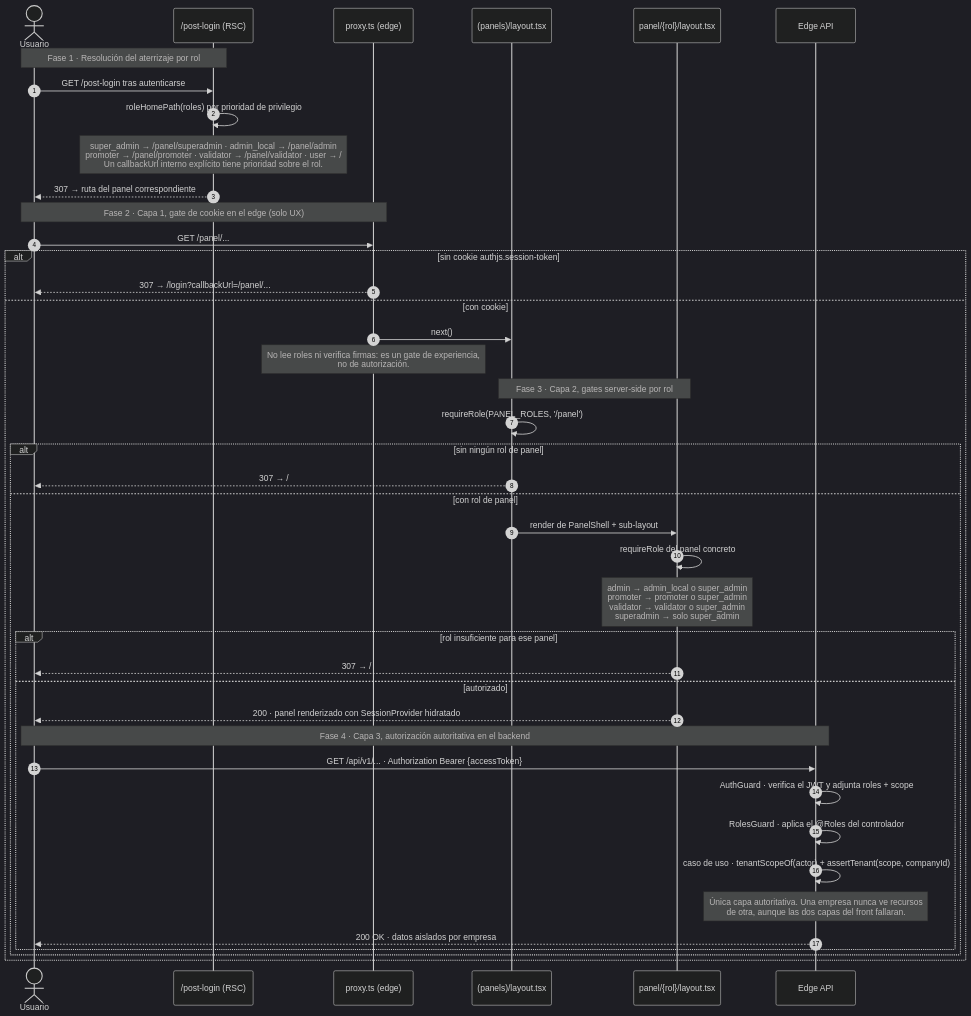
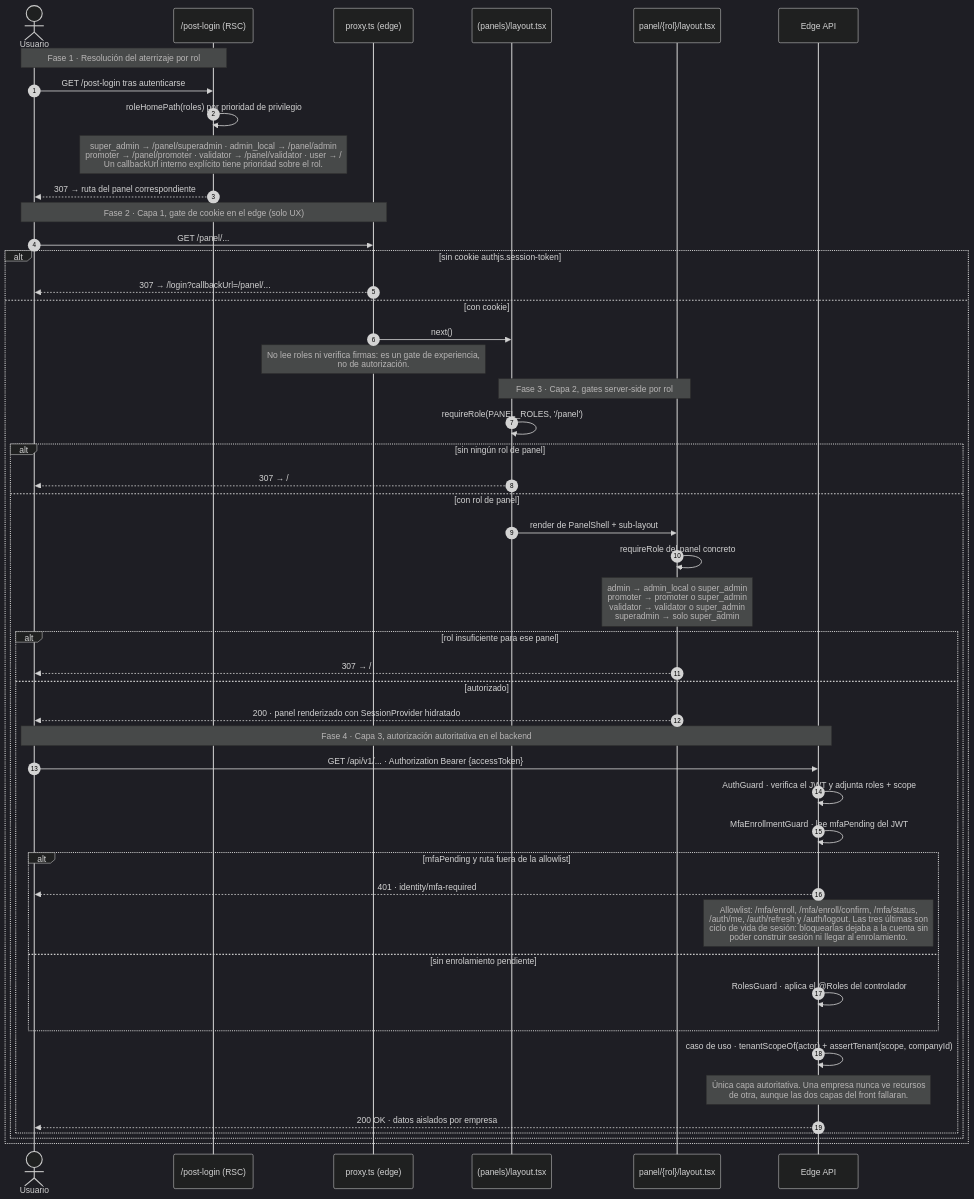
One commit to jwilsonar/urnight_mvp changed diagram 16 of 17 in docs/diagramas-secuencia/01-identidad-acceso.md. Above: the diagram before and after it, drawn with Mermaid (dark theme). The commit also changed other lines of this file and 1 other file, not shown here.

First line of the commit message:
docs: documentar el gate de MFA y el enrolamiento en los diagramas

````diff
--- a/docs/diagramas-secuencia/01-identidad-acceso.md
+++ b/docs/diagramas-secuencia/01-identidad-acceso.md
@@ -1013,48 +1014,54 @@
 ```mermaid
 sequenceDiagram
     autonumber
     actor U as Usuario
     participant PL as /post-login (RSC)
     participant PX as proxy.ts (edge)
     participant PLY as (panels)/layout.tsx
     participant SLY as panel/{rol}/layout.tsx
     participant EDGE as Edge API
 
     note over U, PL: Fase 1 · Resolución del aterrizaje por rol
     U->>PL: GET /post-login tras autenticarse
     PL->>PL: roleHomePath(roles) por prioridad de privilegio
     note over PL: super_admin → /panel/superadmin · admin_local → /panel/admin<br/>promoter → /panel/promoter · validator → /panel/validator · user → /<br/>Un callbackUrl interno explícito tiene prioridad sobre el rol.
     PL-->>U: 307 → ruta del panel correspondiente
 
     note over U, PX: Fase 2 · Capa 1, gate de cookie en el edge (solo UX)
     U->>PX: GET /panel/...
     alt sin cookie authjs.session-token
         PX-->>U: 307 → /login?callbackUrl=/panel/...
     else con cookie
         PX->>PLY: next()
         note over PX: No lee roles ni verifica firmas: es un gate de experiencia,<br/>no de autorización.
 
         note over PLY, SLY: Fase 3 · Capa 2, gates server-side por rol
         PLY->>PLY: requireRole(PANEL_ROLES, '/panel')
         alt sin ningún rol de panel
             PLY-->>U: 307 → /
         else con rol de panel
             PLY->>SLY: render de PanelShell + sub-layout
             SLY->>SLY: requireRole del panel concreto
             note over SLY: admin → admin_local o super_admin<br/>promoter → promoter o super_admin<br/>validator → validator o super_admin<br/>superadmin → solo super_admin
             alt rol insuficiente para ese panel
                 SLY-->>U: 307 → /
             else autorizado
                 SLY-->>U: 200 · panel renderizado con SessionProvider hidratado
 
                 note over U, EDGE: Fase 4 · Capa 3, autorización autoritativa en el backend
                 U->>EDGE: GET /api/v1/... · Authorization Bearer {accessToken}
                 EDGE->>EDGE: AuthGuard · verifica el JWT y adjunta roles + scope
-                EDGE->>EDGE: RolesGuard · aplica el @Roles del controlador
+                EDGE->>EDGE: MfaEnrollmentGuard · lee mfaPending del JWT
+                alt mfaPending y ruta fuera de la allowlist
+                    EDGE-->>U: 401 · identity/mfa-required
+                    note over EDGE: Allowlist: /mfa/enroll, /mfa/enroll/confirm, /mfa/status,<br/>/auth/me, /auth/refresh y /auth/logout. Las tres últimas son<br/>ciclo de vida de sesión: bloquearlas dejaba a la cuenta sin<br/>poder construir sesión ni llegar al enrolamiento.
+                else sin enrolamiento pendiente
+                    EDGE->>EDGE: RolesGuard · aplica el @Roles del controlador
+                end
                 EDGE->>EDGE: caso de uso · tenantScopeOf(actor) + assertTenant(scope, companyId)
                 note over EDGE: Única capa autoritativa. Una empresa nunca ve recursos<br/>de otra, aunque las dos capas del front fallaran.
                 EDGE-->>U: 200 OK · datos aislados por empresa
             end
         end
     end
 ```
````
